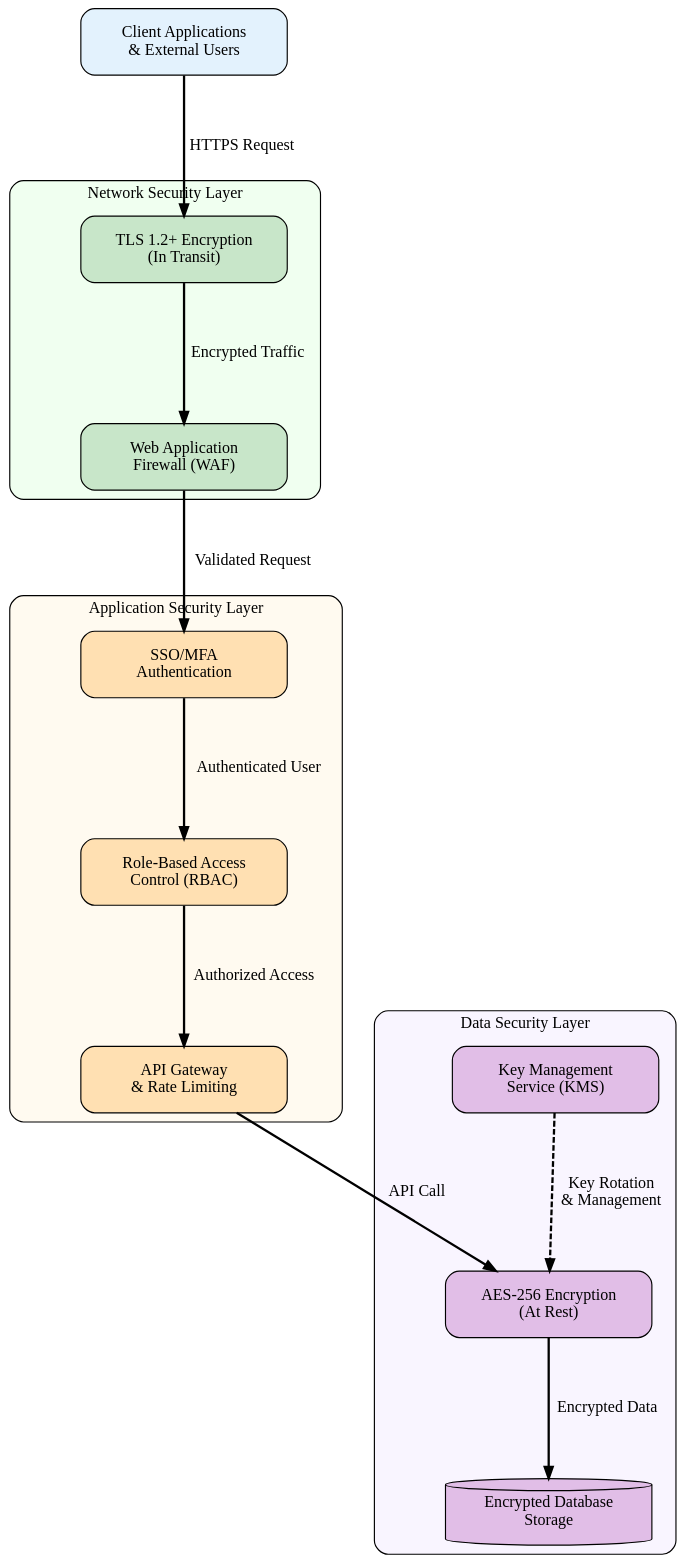
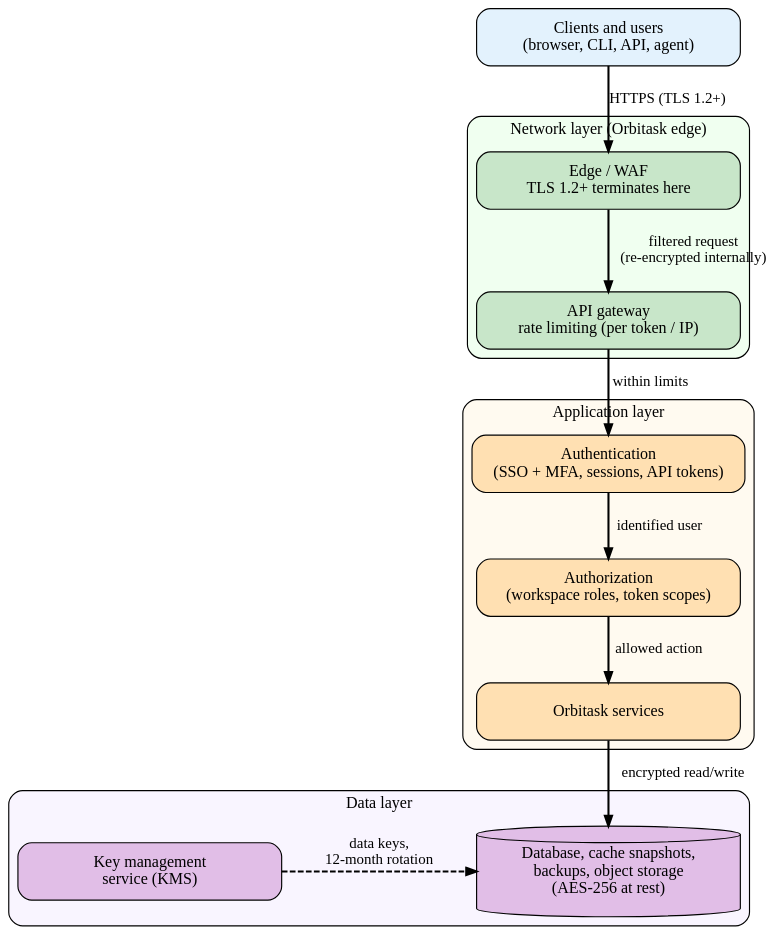
One commit to KorayErkan/tw-portfolio changed the diagram in src/software-guides/img/data-security-layers.dot. Above: the diagram before and after it, drawn with Graphviz. The commit also changed 72 other files, not shown here.

```diff
--- a/src/software-guides/img/data-security-layers.dot
+++ b/src/software-guides/img/data-security-layers.dot
@@ -1,60 +1,39 @@
 digraph G {
-  graph [rankdir=TB, splines=false, bgcolor="transparent", nodesep=2.0, ranksep=1.5];
-  node [shape=box, style="rounded,filled", fontname="Calibri", fontsize=14, width=2.5, height=0.8];
-  edge [arrowsize=1.0, penwidth=2, fontname="Calibri", fontsize=14];
+  graph [rankdir=TB, bgcolor="transparent", nodesep=0.8, ranksep=0.6, fontname="Calibri", fontsize=14];
+  node [shape=box, style="rounded,filled", fontname="Calibri", fontsize=14, width=3.2, height=0.7];
+  edge [arrowsize=0.9, penwidth=1.8, fontname="Calibri", fontsize=13];
 
-  // Security Layers - Top to Bottom
+  external [label="Clients and users\n(browser, CLI, API, agent)", fillcolor="#e3f2fd"];
 
-  // Layer 1: External Access
-  external [label="Client Applications\n& External Users", fillcolor="#e3f2fd"];
-
-  // Layer 2: Network Security
   subgraph cluster_network {
-    label="Network Security Layer";
-    style="rounded,filled";
-    fillcolor="#f0fff0";
-    fontname="Calibri";
-    fontsize=14;
-
-    tls [label="TLS 1.2+ Encryption\n(In Transit)", fillcolor="#c8e6c9"];
-    firewall [label="Web Application\nFirewall (WAF)", fillcolor="#c8e6c9"];
+    label="Network layer (Orbitask edge)";
+    style="rounded,filled"; fillcolor="#f0fff0";
+    edge_waf [label="Edge / WAF\nTLS 1.2+ terminates here", fillcolor="#c8e6c9"];
+    ratelimit [label="API gateway\nrate limiting (per token / IP)", fillcolor="#c8e6c9"];
   }
 
-  // Layer 3: Application Security
   subgraph cluster_application {
-    label="Application Security Layer";
-    style="rounded,filled";
-    fillcolor="#fffaf0";
-    fontname="Calibri";
-    fontsize=14;
-
-    authentication [label="SSO/MFA\nAuthentication", fillcolor="#ffe0b2"];
-    authorization [label="Role-Based Access\nControl (RBAC)", fillcolor="#ffe0b2"];
-    gateway [label="API Gateway\n& Rate Limiting", fillcolor="#ffe0b2"];
+    label="Application layer";
+    style="rounded,filled"; fillcolor="#fffaf0";
+    authentication [label="Authentication\n(SSO + MFA, sessions, API tokens)", fillcolor="#ffe0b2"];
+    authorization [label="Authorization\n(workspace roles, token scopes)", fillcolor="#ffe0b2"];
+    services [label="Orbitask services", fillcolor="#ffe0b2"];
   }
 
-  // Layer 4: Data Security
   subgraph cluster_data {
-    label="Data Security Layer";
-    style="rounded,filled";
-    fillcolor="#f9f5ff";
-    fontname="Calibri";
-    fontsize=14;
-
-    encryption [label="AES-256 Encryption\n(At Rest)", fillcolor="#e1bee7"];
-    keys [label="Key Management\nService (KMS)", fillcolor="#e1bee7"];
-    database [label="Encrypted Database\nStorage", fillcolor="#e1bee7", shape=cylinder];
+    label="Data layer";
+    style="rounded,filled"; fillcolor="#f9f5ff";
+    storage [label="Database, cache snapshots,\nbackups, object storage\n(AES-256 at rest)", fillcolor="#e1bee7", shape=cylinder, height=1.1];
+    keys [label="Key management\nservice (KMS)", fillcolor="#e1bee7"];
+    { rank=same; storage; keys; }
   }
 
-  // Flow through security layers
-  external -> tls [label="HTTPS Request"];
-  tls -> firewall [label="Encrypted Traffic"];
-  firewall -> authentication [label="Validated Request"];
-  authentication -> authorization [label="Authenticated User"];
-  authorization -> gateway [label="Authorized Access"];
-  gateway -> encryption [label="API Call"];
-  encryption -> database [label="Encrypted Data"];
+  external -> edge_waf [label="HTTPS (TLS 1.2+)"];
+  edge_waf -> ratelimit [label="filtered request\n(re-encrypted internally)"];
+  ratelimit -> authentication [label="within limits"];
+  authentication -> authorization [label="identified user"];
+  authorization -> services [label="allowed action"];
+  services -> storage [label="encrypted read/write"];
+  keys -> storage [label="data keys,\n12-month rotation", style=dashed];
 
-  // Key management
-  keys -> encryption [label="Key Rotation\n& Management", style=dashed];
 }
```
